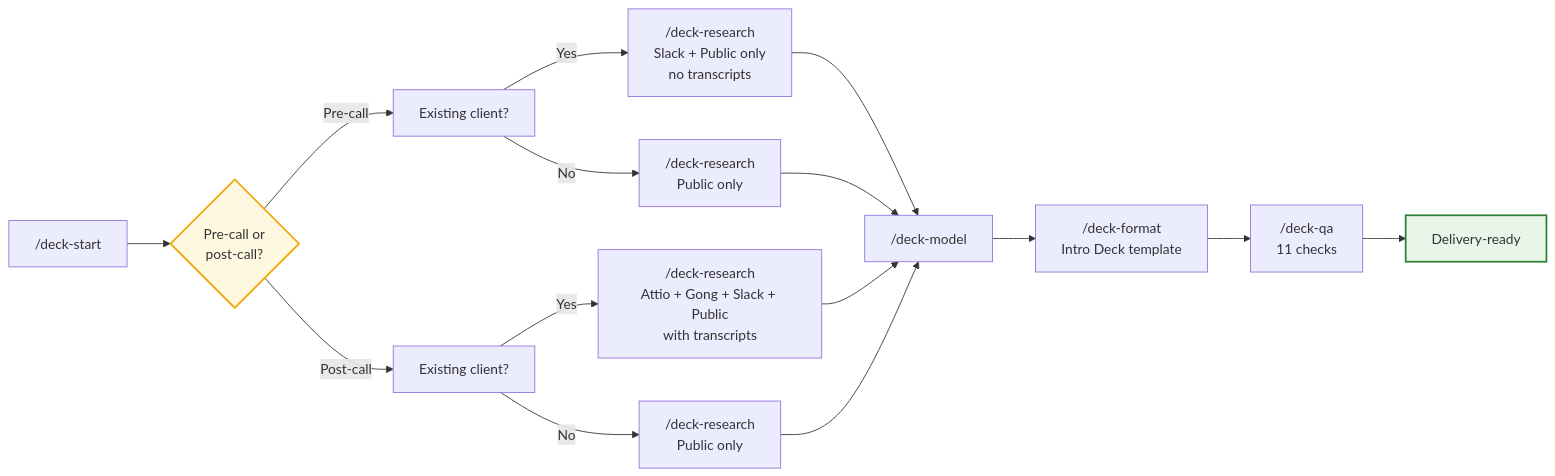
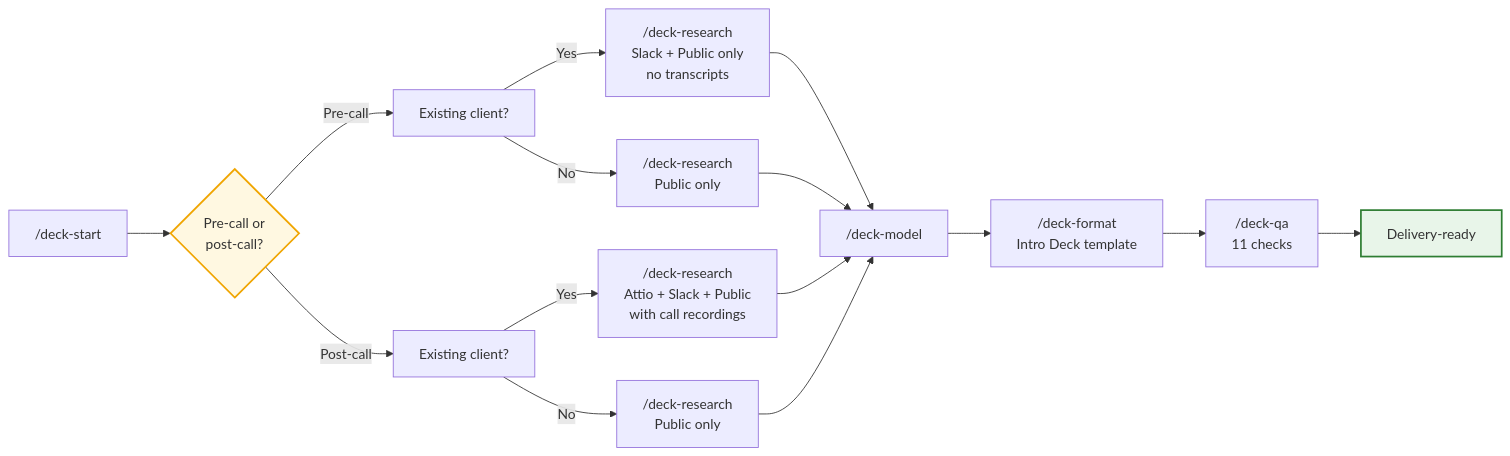
The diagram in README.md (Jolly-Incentineering/opportunity-analysis), drawn with Mermaid before and after one commit. The commit also changed other lines of this file and 10 other files, not shown here.

First line of the commit message:
feat: replace Gong with Attio call recordings, Phase A quick wins (v3.5.0)

````diff
--- a/README.md
+++ b/README.md
@@ -88,28 +89,28 @@
 ```mermaid
 flowchart LR
     START["/deck-start"] --> CONTEXT
     CONTEXT{"Pre-call or<br/>post-call?"}
 
     CONTEXT -->|Pre-call| DETECT1["Existing client?"]
     CONTEXT -->|Post-call| DETECT2["Existing client?"]
 
     DETECT1 -->|Yes| RA["/deck-research<br/>Slack + Public only<br/>no transcripts"]
     DETECT1 -->|No| RB["/deck-research<br/>Public only"]
 
-    DETECT2 -->|Yes| RC["/deck-research<br/>Attio + Gong + Slack + Public<br/>with transcripts"]
+    DETECT2 -->|Yes| RC["/deck-research<br/>Attio + Slack + Public<br/>with call recordings"]
     DETECT2 -->|No| RD["/deck-research<br/>Public only"]
 
     RA --> MODEL["/deck-model"]
     RB --> MODEL
     RC --> MODEL
     RD --> MODEL
 
     MODEL --> FORMAT["/deck-format<br/>Intro Deck template"]
 
     FORMAT --> QA["/deck-qa<br/>11 checks"]
 
     QA --> DONE["Delivery-ready"]
 
     style CONTEXT fill:#fff8e1,stroke:#f0a500,stroke-width:2px
     style DONE fill:#e8f5e9,stroke:#2e7d32,stroke-width:2px
 ```
````
